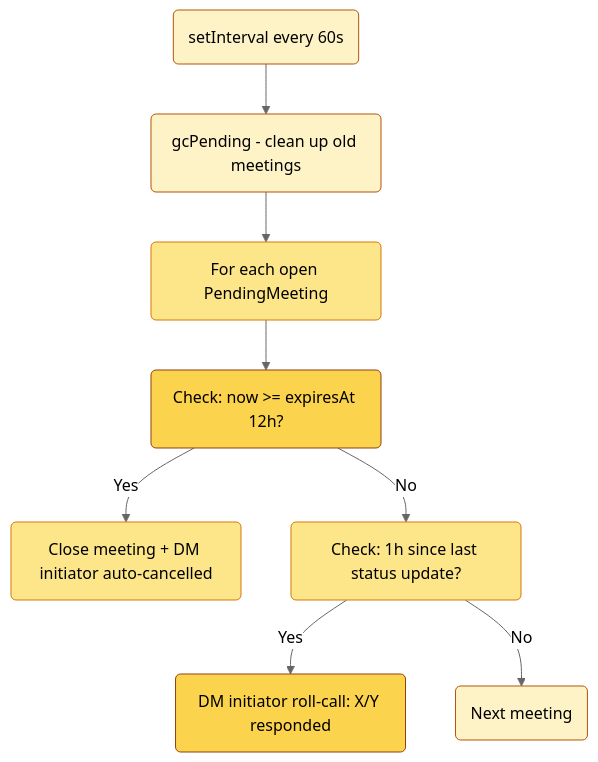
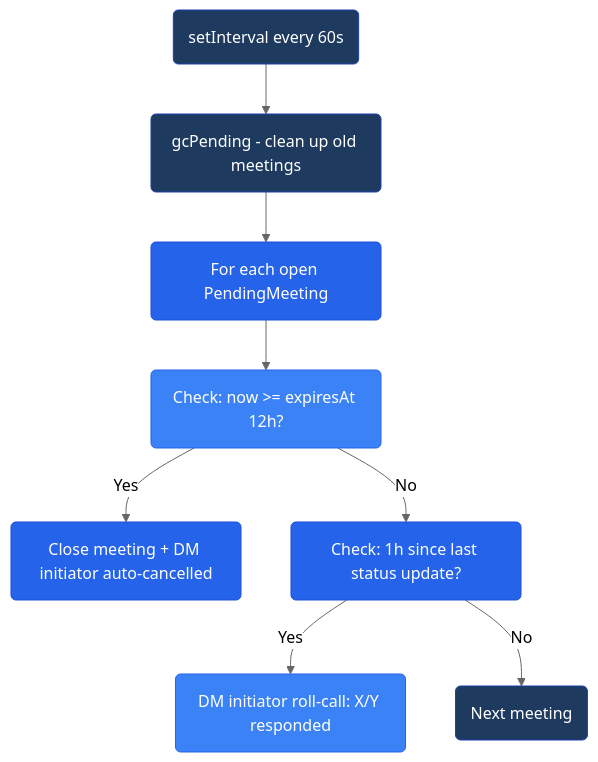
Before and after one commit to javana3/claw_meeting_all: the sixth of 13 diagrams in README.md, drawn with Mermaid (neutral theme). The commit also changed other lines of this file, not shown here.

Commit message:
Modernize diagrams with blue tech color scheme

````diff
--- a/README.md
+++ b/README.md
@@ -204,19 +204,19 @@
 ```mermaid
 graph TD
     TICK(setInterval every 60s) --> GC(gcPending - clean up old meetings)
     GC --> LOOP(For each open PendingMeeting)
     LOOP --> EXP(Check: now >= expiresAt 12h?)
     EXP -->|Yes| CLOSE(Close meeting + DM initiator auto-cancelled)
     EXP -->|No| STATUS(Check: 1h since last status update?)
     STATUS -->|Yes| DM(DM initiator roll-call: X/Y responded)
     STATUS -->|No| NEXT(Next meeting)
 
-    style CLOSE fill:#fde68a,stroke:#d97706,color:#000
-    style DM fill:#fcd34d,stroke:#92400e,color:#000
-    style TICK fill:#fef3c7,stroke:#b45309,color:#000
-    style GC fill:#fef3c7,stroke:#b45309,color:#000
-    style LOOP fill:#fde68a,stroke:#d97706,color:#000
-    style EXP fill:#fcd34d,stroke:#92400e,color:#000
-    style STATUS fill:#fde68a,stroke:#d97706,color:#000
-    style NEXT fill:#fef3c7,stroke:#b45309,color:#000
+    style CLOSE fill:#2563eb,stroke:#1d4ed8,color:#fff
+    style DM fill:#3b82f6,stroke:#2563eb,color:#fff
+    style TICK fill:#1e3a5f,stroke:#1e40af,color:#fff
+    style GC fill:#1e3a5f,stroke:#1e40af,color:#fff
+    style LOOP fill:#2563eb,stroke:#1d4ed8,color:#fff
+    style EXP fill:#3b82f6,stroke:#2563eb,color:#fff
+    style STATUS fill:#2563eb,stroke:#1d4ed8,color:#fff
+    style NEXT fill:#1e3a5f,stroke:#1e40af,color:#fff
 ```
````
